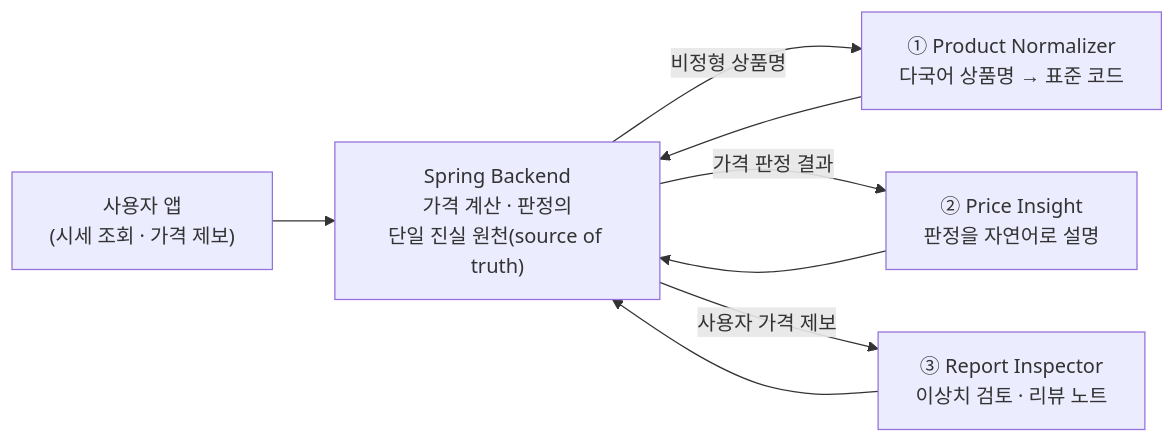
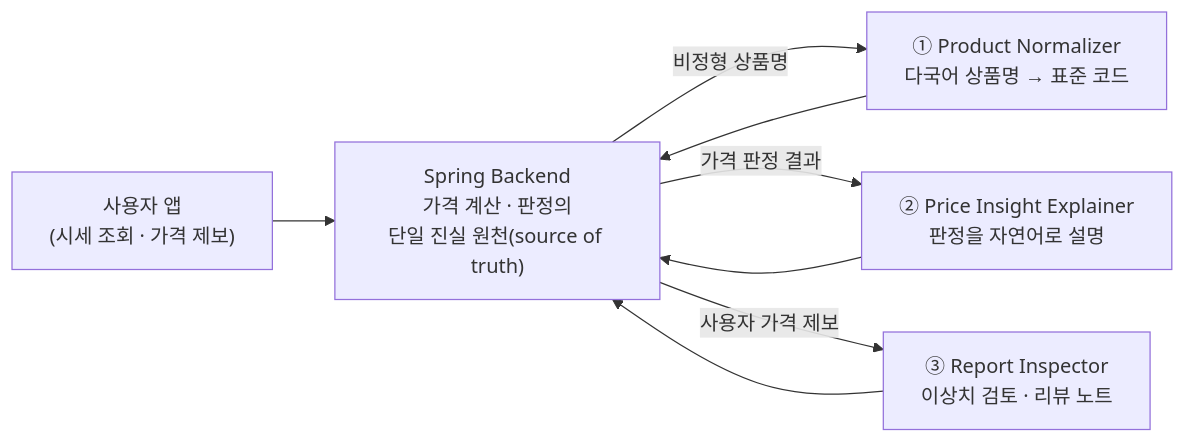
The diagram in README.md (hyunbean/tuit_hackathon_dify), drawn with Mermaid before and after one commit. The commit also changed other lines of this file and 3 other files, not shown here.

````diff
--- a/README.md
+++ b/README.md
@@ -17,10 +11,10 @@
 ```mermaid
 flowchart LR
     U["사용자 앱<br/>(시세 조회 · 가격 제보)"] --> B["Spring Backend<br/>가격 계산 · 판정의<br/>단일 진실 원천(source of truth)"]
     B -->|"비정형 상품명"| N["① Product Normalizer<br/>다국어 상품명 → 표준 코드"]
-    B -->|"가격 판정 결과"| P["② Price Insight<br/>판정을 자연어로 설명"]
+    B -->|"가격 판정 결과"| P["② Price Insight Explainer<br/>판정을 자연어로 설명"]
     B -->|"사용자 가격 제보"| R["③ Report Inspector<br/>이상치 검토 · 리뷰 노트"]
     N --> B
     P --> B
     R --> B
 ```
````
